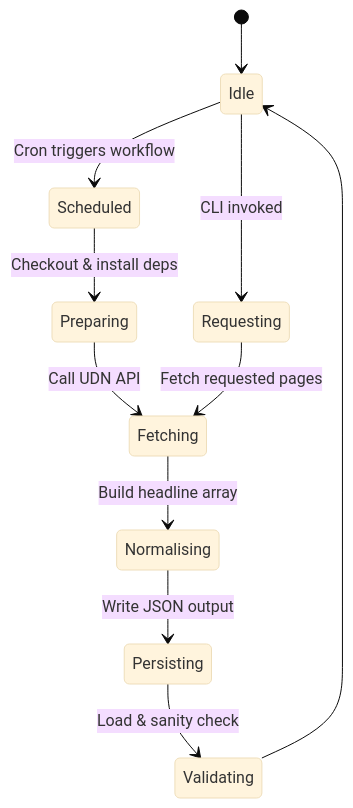
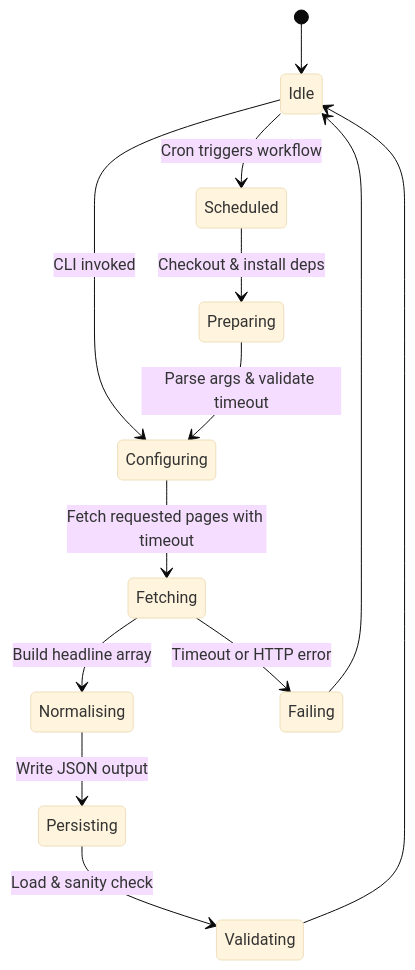
Before and after one commit to muyueh/test-scarp: the second of 6 diagrams in README.md, drawn with Mermaid (base theme). The commit also changed other lines of this file and 1 other file, not shown here.

Commit message:
feat: allow configuring request timeout

````diff
--- a/README.md
+++ b/README.md
@@ -24,13 +32,15 @@
 ```mermaid
 stateDiagram-v2
     [*] --> Idle
-    Idle --> Requesting: CLI invoked
+    Idle --> Configuring: CLI invoked
     Idle --> Scheduled: Cron triggers workflow
     Scheduled --> Preparing: Checkout & install deps
-    Preparing --> Fetching: Call UDN API
-    Requesting --> Fetching: Fetch requested pages
+    Preparing --> Configuring: Parse args & validate timeout
+    Configuring --> Fetching: Fetch requested pages with timeout
     Fetching --> Normalising: Build headline array
+    Fetching --> Failing: Timeout or HTTP error
     Normalising --> Persisting: Write JSON output
     Persisting --> Validating: Load & sanity check
     Validating --> Idle
+    Failing --> Idle
 ```
````
